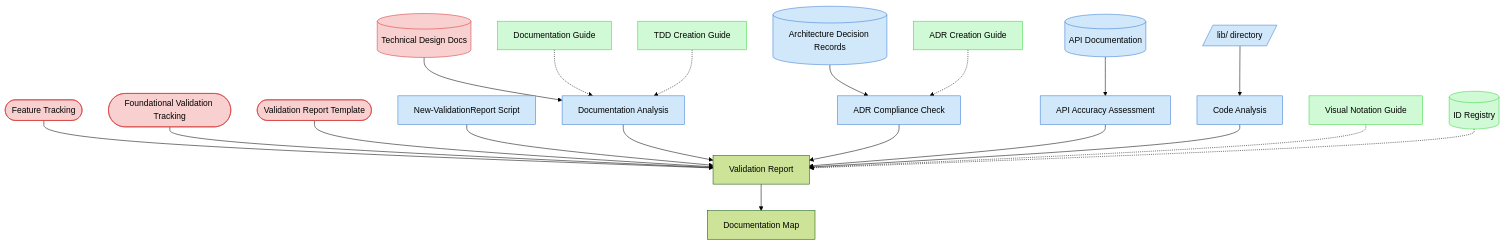
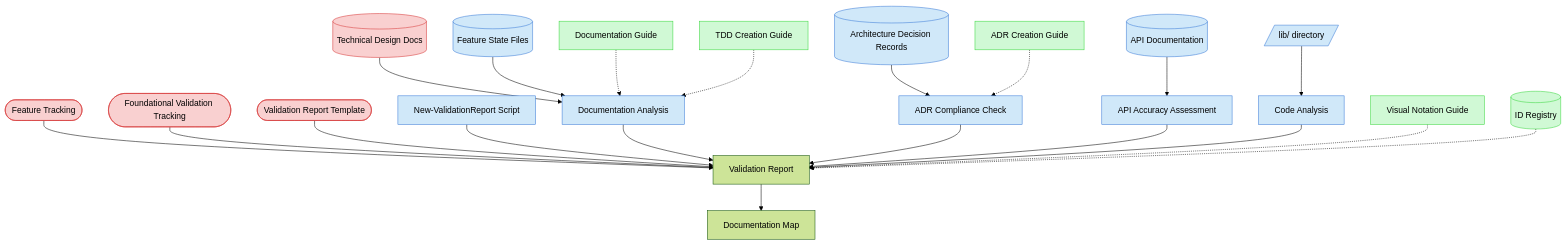
Before and after one commit to Abtomation/LinkWatcher: the diagram in doc/process-framework/visualization/context-maps/05-validation/documentation-alignment-validation-map.md, drawn with Mermaid (forest theme). The commit also changed other lines of this file and 155 other files, not shown here.

````diff
--- a/doc/process-framework/visualization/context-maps/05-validation/documentation-alignment-validation-map.md
+++ b/doc/process-framework/visualization/context-maps/05-validation/documentation-alignment-validation-map.md
@@ -20,32 +20,33 @@
 ```mermaid
 graph TD
     classDef critical fill:#f9d0d0,stroke:#d83a3a
     classDef important fill:#d0e8f9,stroke:#3a7bd8
     classDef reference fill:#d0f9d5,stroke:#3ad83f
 
     FT([Feature Tracking]) --> VR[Validation Report]
     FVT([Foundational Validation Tracking]) --> VR
     VRT([Validation Report Template]) --> VR
     TDD[(Technical Design Docs)] --> DA[Documentation Analysis]
 
     ADR[(Architecture Decision Records)] --> AC[ADR Compliance Check]
     API[(API Documentation)] --> AA[API Accuracy Assessment]
     LIB[/lib/ directory/] --> CA[Code Analysis]
     NVRS[New-ValidationReport Script] --> VR
+    FSF[(Feature State Files)] --> DA
 
     DA --> VR
     AC --> VR
     AA --> VR
     CA --> VR
     VR --> DM[Documentation Map]
 
     DG[Documentation Guide] -.-> DA
     TDDG[TDD Creation Guide] -.-> DA
     ADRG[ADR Creation Guide] -.-> AC
     VNG[Visual Notation Guide] -.-> VR
     IDR[(ID Registry)] -.-> VR
 
     class FT,FVT,VRT,TDD critical
-    class ADR,API,LIB,NVRS,DA,AC,AA,CA important
+    class ADR,API,LIB,NVRS,FSF,DA,AC,AA,CA important
     class DG,TDDG,ADRG,VNG,IDR reference
 ```
````
